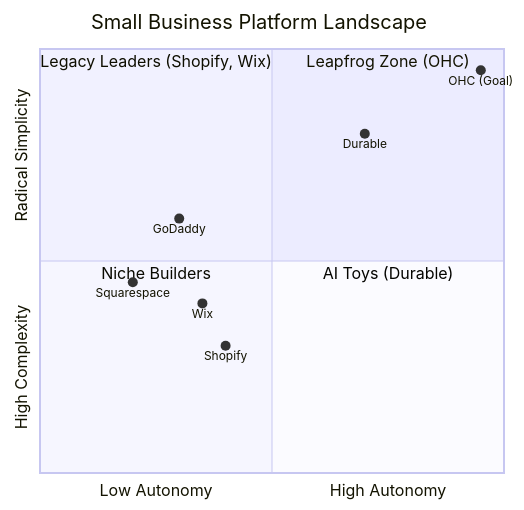
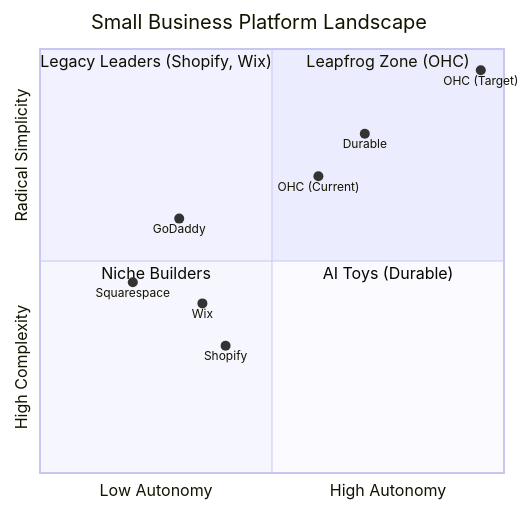
Before and after one commit to omnisolo-llc/onehumancorp: the first of 3 diagrams in docs/research/[research]_the_smb_platform_gap.md, drawn with Mermaid. The commit also changed other lines of this file, not shown here.

````diff
--- a/docs/research/[research]_the_smb_platform_gap.md
+++ b/docs/research/[research]_the_smb_platform_gap.md
@@ -22,16 +22,17 @@
 ```mermaid
 quadrantChart
     title Small Business Platform Landscape
     x-axis Low Autonomy --> High Autonomy
     y-axis High Complexity --> Radical Simplicity
     quadrant-1 "Leapfrog Zone (OHC)"
     quadrant-2 "Legacy Leaders (Shopify, Wix)"
     quadrant-3 "Niche Builders"
     quadrant-4 "AI Toys (Durable)"
     "Shopify": [0.4, 0.3]
     "Wix": [0.35, 0.4]
     "Squarespace": [0.2, 0.45]
     "GoDaddy": [0.3, 0.6]
     "Durable": [0.7, 0.8]
-    "OHC (Goal)": [0.95, 0.95]
+    "OHC (Current)": [0.6, 0.7]
+    "OHC (Target)": [0.95, 0.95]
 ```
````
